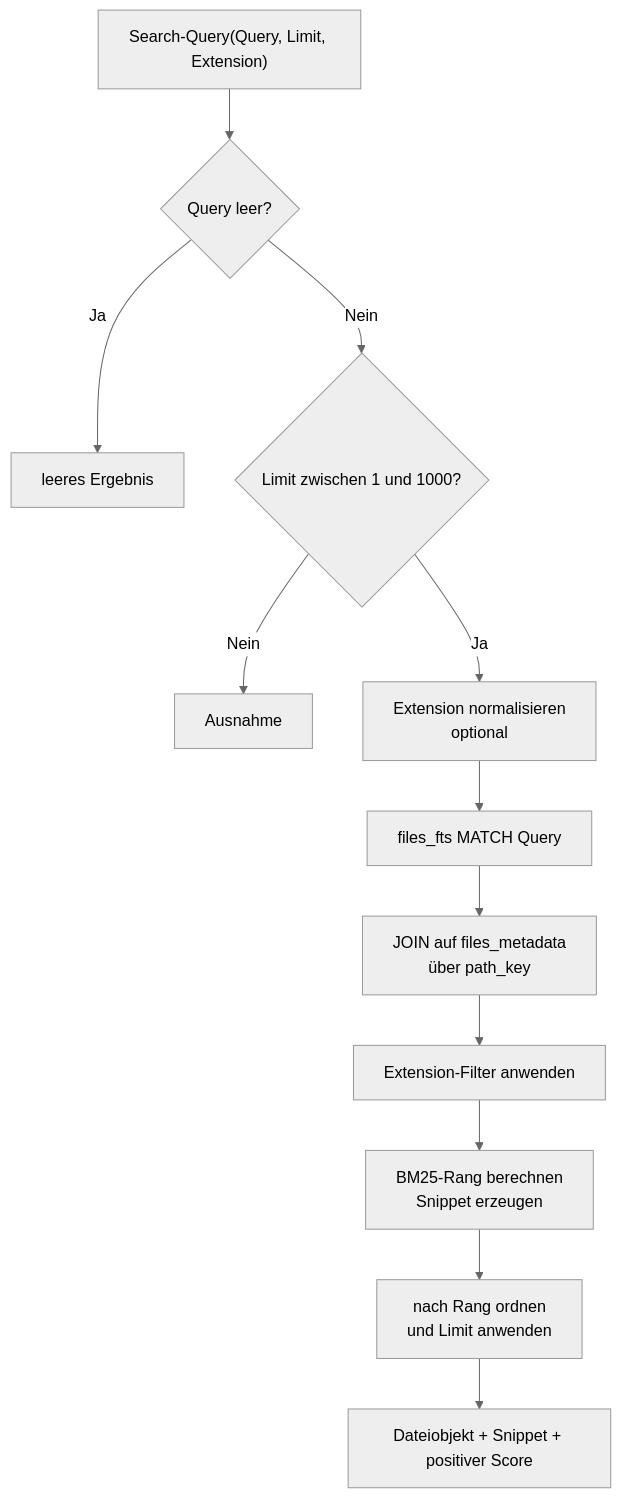
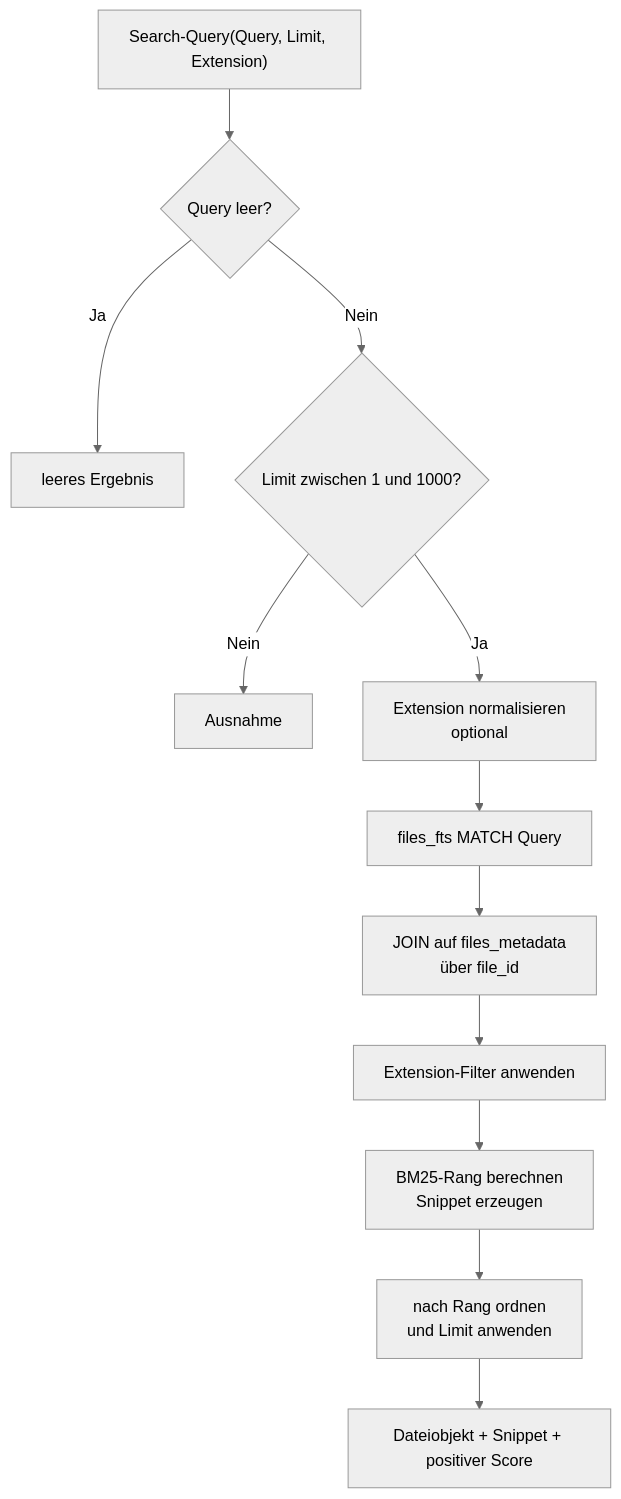
Before and after one commit to Henry-lge/PowerShell-Suchmaschine: the third of 4 diagrams in DATABASE.md, drawn with Mermaid (neutral theme). The commit also changed other lines of this file and 6 other files, not shown here.

````diff
--- a/DATABASE.md
+++ b/DATABASE.md
@@ -270,14 +234,14 @@
 ```mermaid
 flowchart TD
     A["Search-Query(Query, Limit, Extension)"] --> B{"Query leer?"}
     B -- Ja --> C["leeres Ergebnis"]
     B -- Nein --> D{"Limit zwischen 1 und 1000?"}
     D -- Nein --> E["Ausnahme"]
     D -- Ja --> F["Extension normalisieren<br/>optional"]
     F --> G["files_fts MATCH Query"]
-    G --> H["JOIN auf files_metadata<br/>über path_key"]
+    G --> H["JOIN auf files_metadata<br/>über file_id"]
     H --> I["Extension-Filter anwenden"]
     I --> J["BM25-Rang berechnen<br/>Snippet erzeugen"]
     J --> K["nach Rang ordnen<br/>und Limit anwenden"]
     K --> L["Dateiobjekt + Snippet + positiver Score"]
 ```
````
